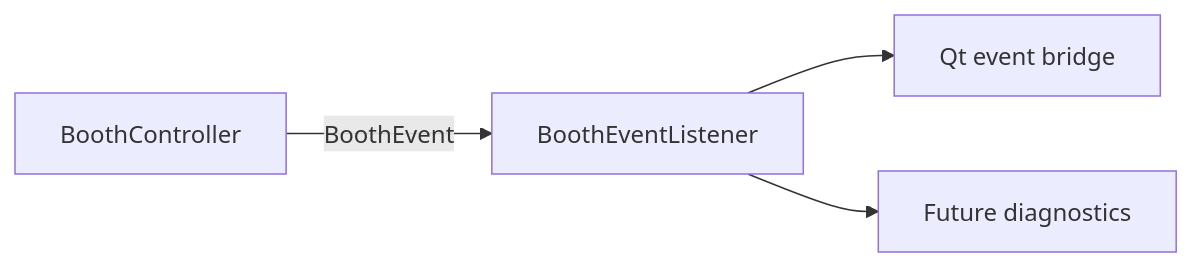
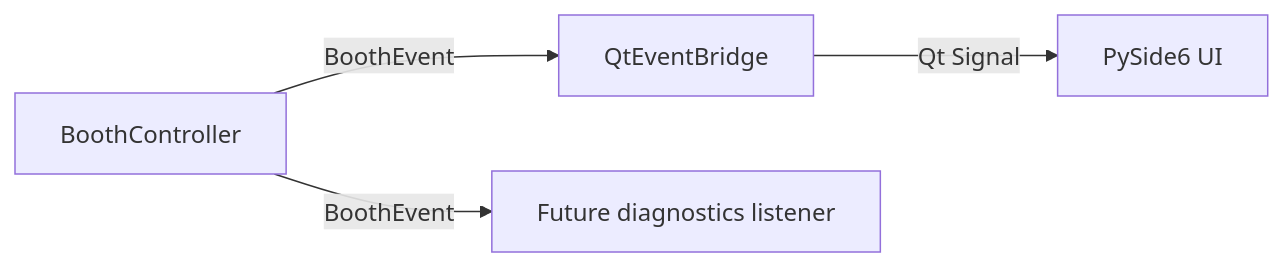
Before and after one commit to djr8nch/piprints: the third of 5 diagrams in docs/architecture/overview.md, drawn with Mermaid. The commit also changed other lines of this file and 10 other files, not shown here.

````diff
--- a/docs/architecture/overview.md
+++ b/docs/architecture/overview.md
@@ -133,6 +133,6 @@
 ```mermaid
 flowchart LR
-    Controller["BoothController"] -->|"BoothEvent"| Listener["BoothEventListener"]
-    Listener --> UiAdapter["Qt event bridge"]
-    Listener --> Diagnostics["Future diagnostics"]
+    Controller["BoothController"] -->|"BoothEvent"| Bridge["QtEventBridge"]
+    Bridge -->|"Qt Signal"| Ui["PySide6 UI"]
+    Controller -->|"BoothEvent"| Diagnostics["Future diagnostics listener"]
 ```
````
